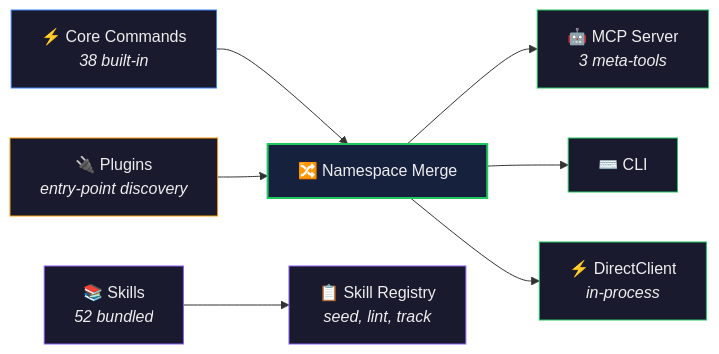
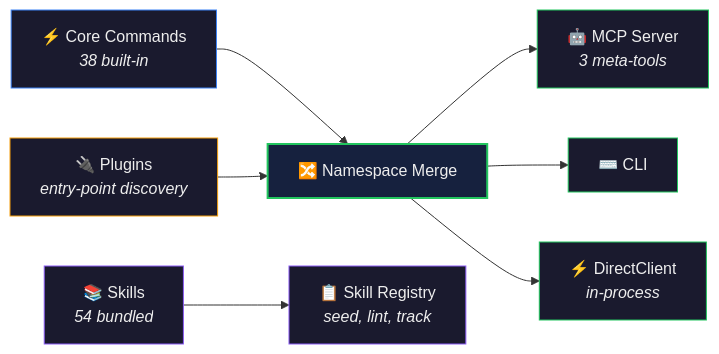
Before and after one commit to lushly-dev/botcore: the fourth of 4 diagrams in README.md, drawn with Mermaid. The commit also changed other lines of this file and 2 other files, not shown here.

````diff
--- a/README.md
+++ b/README.md
@@ -126,24 +126,24 @@
 ```mermaid
 graph LR
     Core["⚡ Core Commands<br/><em>38 built-in</em>"]
     Plugins["🔌 Plugins<br/><em>entry-point discovery</em>"]
-    Skills["📚 Skills<br/><em>52 bundled</em>"]
+    Skills["📚 Skills<br/><em>54 bundled</em>"]
 
     Core --> NS["🔀 Namespace Merge"]
     Plugins --> NS
 
     NS --> MCP["🤖 MCP Server<br/><em>3 meta-tools</em>"]
     NS --> CLI["⌨️ CLI"]
     NS --> DC["⚡ DirectClient<br/><em>in-process</em>"]
 
     Skills --> Seed["📋 Skill Registry<br/><em>seed, lint, track</em>"]
 
     style Core fill:#1a1a2e,stroke:#3b82f6,color:#eee
     style Plugins fill:#1a1a2e,stroke:#f59e0b,color:#eee
     style Skills fill:#1a1a2e,stroke:#8B5CF6,color:#eee
     style NS fill:#16213e,stroke:#22c55e,stroke-width:2px,color:#eee
     style MCP fill:#1a1a2e,stroke:#22c55e,color:#eee
     style CLI fill:#1a1a2e,stroke:#22c55e,color:#eee
     style DC fill:#1a1a2e,stroke:#22c55e,color:#eee
     style Seed fill:#1a1a2e,stroke:#8B5CF6,color:#eee
 ```
````
